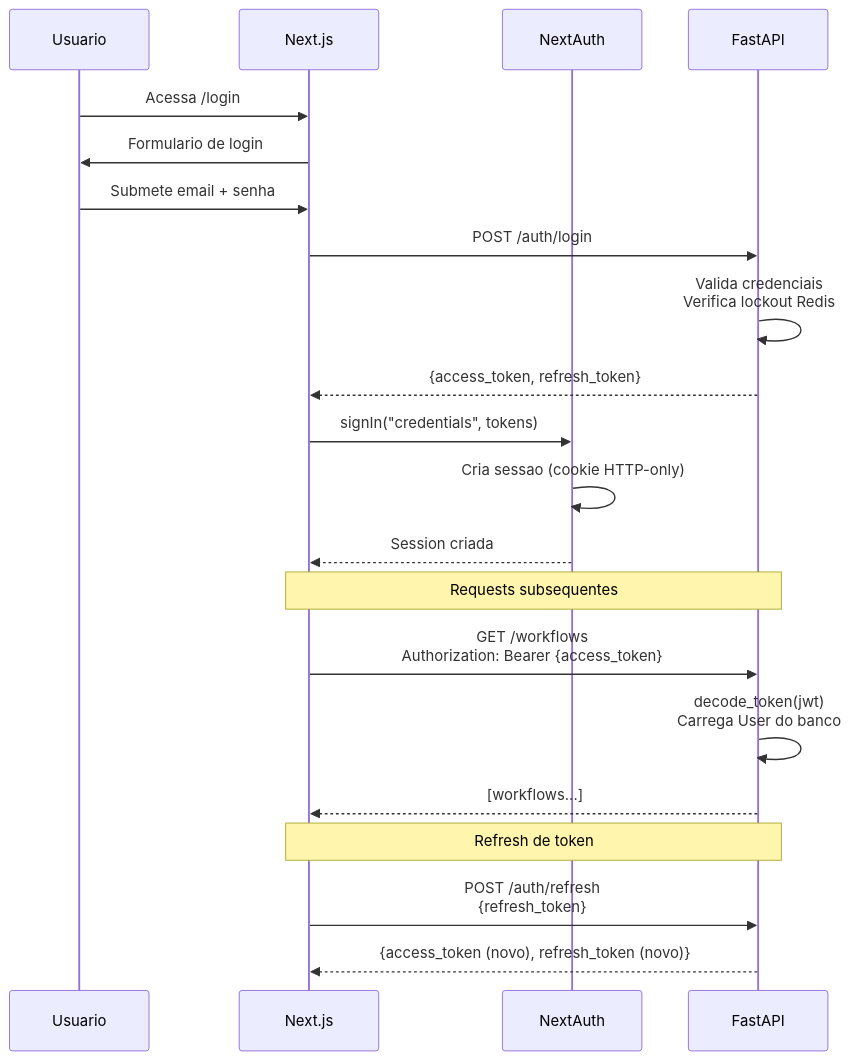
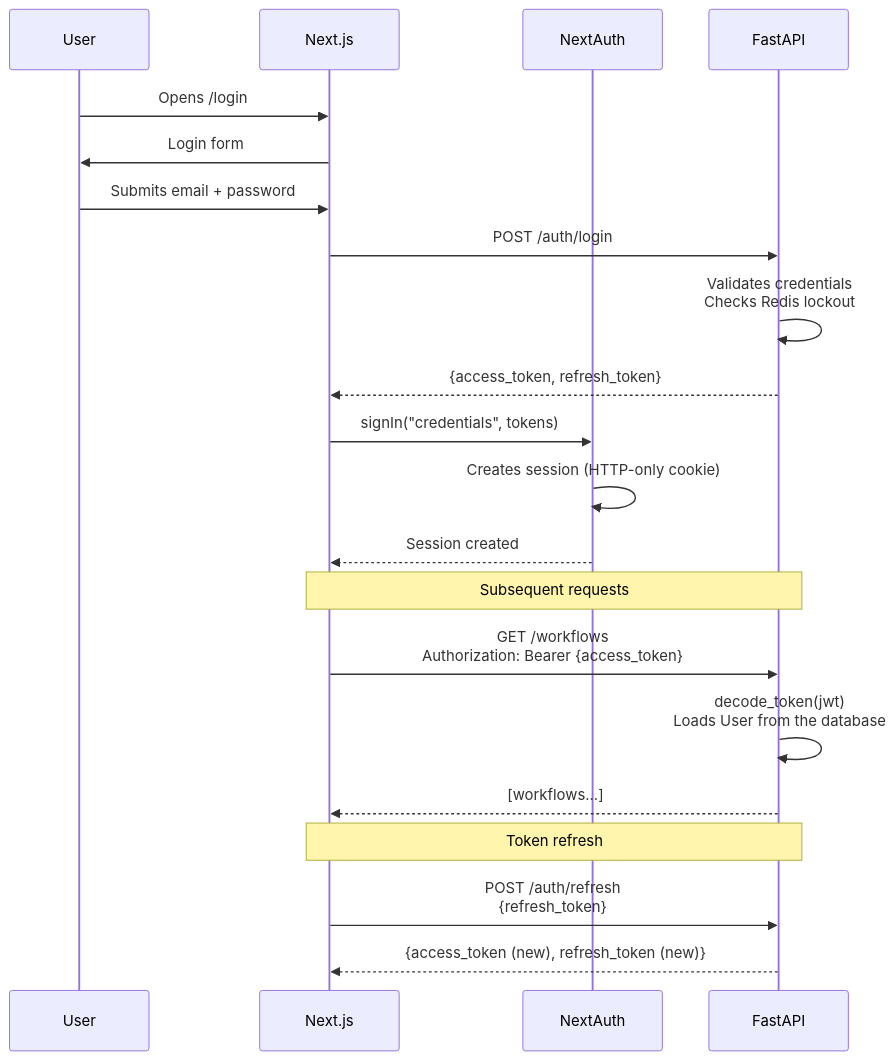
Before and after one commit to jlanio/atlans: the tenth of 15 diagrams in docs/architecture.md, drawn with Mermaid. The commit also changed other lines of this file and 41 other files, not shown here.

````diff
--- a/docs/architecture.md
+++ b/docs/architecture.md
@@ -981,28 +982,28 @@
 ```mermaid
 sequenceDiagram
-    participant U as Usuario
+    participant U as User
     participant NEXT as Next.js
     participant NA as NextAuth
     participant API as FastAPI
 
-    U->>NEXT: Acessa /login
-    NEXT->>U: Formulario de login
+    U->>NEXT: Opens /login
+    NEXT->>U: Login form
 
-    U->>NEXT: Submete email + senha
+    U->>NEXT: Submits email + password
     NEXT->>API: POST /auth/login
-    API->>API: Valida credenciais<br/>Verifica lockout Redis
+    API->>API: Validates credentials<br/>Checks Redis lockout
     API-->>NEXT: {access_token, refresh_token}
 
     NEXT->>NA: signIn("credentials", tokens)
-    NA->>NA: Cria sessao (cookie HTTP-only)
-    NA-->>NEXT: Session criada
+    NA->>NA: Creates session (HTTP-only cookie)
+    NA-->>NEXT: Session created
 
-    Note over NEXT,API: Requests subsequentes
+    Note over NEXT,API: Subsequent requests
     NEXT->>API: GET /workflows<br/>Authorization: Bearer {access_token}
-    API->>API: decode_token(jwt)<br/>Carrega User do banco
+    API->>API: decode_token(jwt)<br/>Loads User from the database
     API-->>NEXT: [workflows...]
 
-    Note over NEXT,API: Refresh de token
+    Note over NEXT,API: Token refresh
     NEXT->>API: POST /auth/refresh<br/>{refresh_token}
-    API-->>NEXT: {access_token (novo), refresh_token (novo)}
+    API-->>NEXT: {access_token (new), refresh_token (new)}
 ```
````
